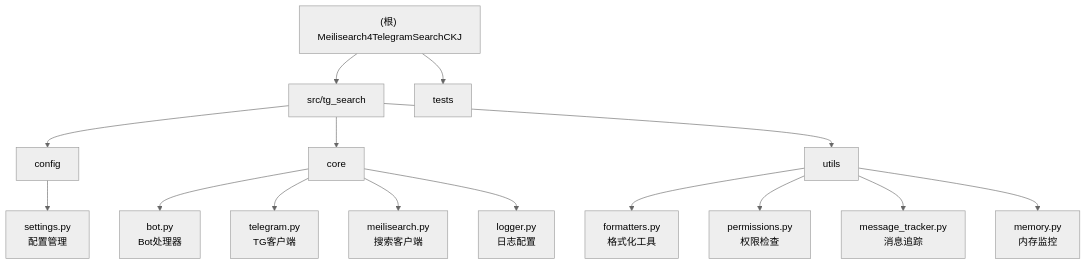
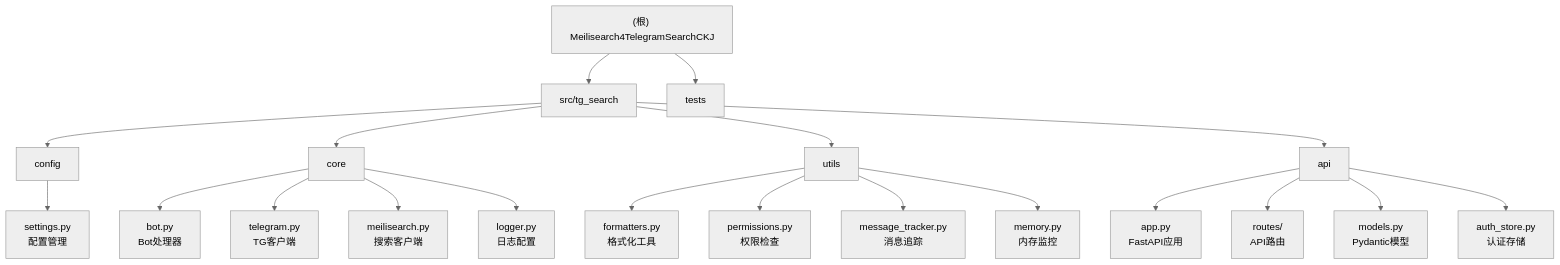
The second of 2 diagrams in CLAUDE.md (clionertr/Meilisearch4TelegramSearchCKJ), drawn with Mermaid (neutral theme) before and after one commit. The commit also changed other lines of this file and 3 other files, not shown here.

First line of the commit message:
feat(api): add FastAPI REST API and WebSocket module with comprehensive documentation

````diff
--- a/CLAUDE.md
+++ b/CLAUDE.md
@@ -85,23 +106,29 @@
 ```mermaid
 graph TD
     A["(根) Meilisearch4TelegramSearchCKJ"] --> B["src/tg_search"];
     B --> C["config"];
     B --> D["core"];
     B --> E["utils"];
+    B --> G["api"];
     A --> F["tests"];
 
     C --> C1["settings.py<br/>配置管理"];
     D --> D1["bot.py<br/>Bot处理器"];
     D --> D2["telegram.py<br/>TG客户端"];
     D --> D3["meilisearch.py<br/>搜索客户端"];
     D --> D4["logger.py<br/>日志配置"];
     E --> E1["formatters.py<br/>格式化工具"];
     E --> E2["permissions.py<br/>权限检查"];
     E --> E3["message_tracker.py<br/>消息追踪"];
     E --> E4["memory.py<br/>内存监控"];
+    G --> G1["app.py<br/>FastAPI应用"];
+    G --> G2["routes/<br/>API路由"];
+    G --> G3["models.py<br/>Pydantic模型"];
+    G --> G4["auth_store.py<br/>认证存储"];
 
     click C "./src/tg_search/config/CLAUDE.md" "查看 config 模块文档"
     click D "./src/tg_search/core/CLAUDE.md" "查看 core 模块文档"
     click E "./src/tg_search/utils/CLAUDE.md" "查看 utils 模块文档"
+    click G "./src/tg_search/api/CLAUDE.md" "查看 api 模块文档"
     click F "./tests/CLAUDE.md" "查看 tests 模块文档"
 ```
````
